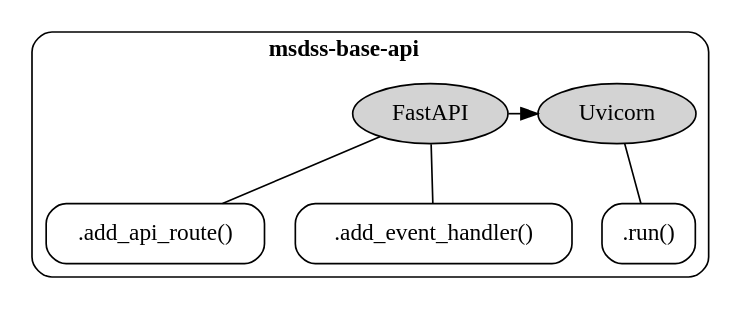
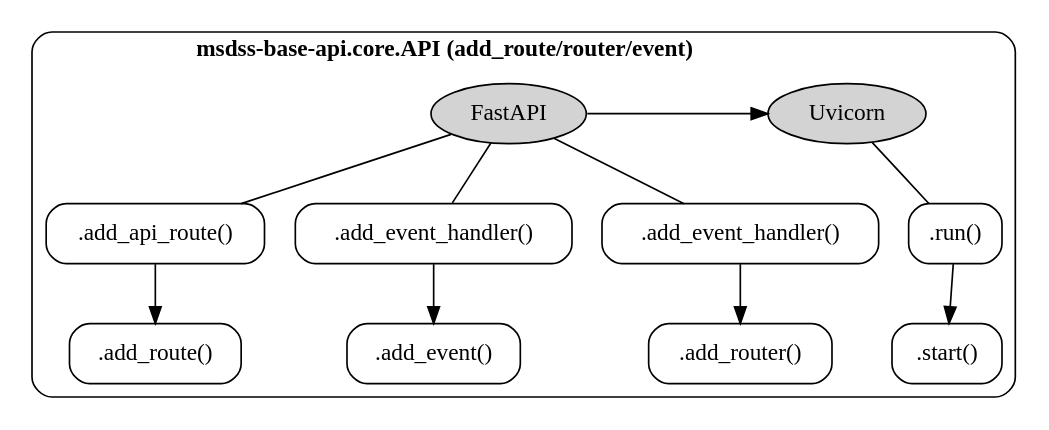
One commit to rrwen/msdss-base-api changed the first of 2 diagrams in docs/source/howitworks.rst. Above: the diagram before and after it, drawn with Graphviz. The commit also changed other lines of this file and 50 other files, not shown here.

Commit message:
Add event, route, routers attr and app combiners; rename on to event, add to route; v0.1.0

```diff
--- a/docs/source/howitworks.rst
+++ b/docs/source/howitworks.rst
@@ -17,17 +13,32 @@
-.. digraph:: methods
+.. digraph:: methods1
 
    rankdir=TB;
+
    api[label="FastAPI" URL="https://fastapi.tiangolo.com/" style=filled];
-   apimeth1[label=".add_api_route()" shape=rect style=rounded URL="https://github.com/tiangolo/fastapi/blob/bee35f5ae1fc58e7ab125427ad4287210e99d8b3/fastapi/routing.py#L479"];
-   apimeth2[label=".add_event_handler()" shape=rect style=rounded URL="https://github.com/encode/starlette/blob/6c556f6c5e4aa70173a84f6e6854390241231021/starlette/routing.py#L749"];
+   apiroutemeth[label=".add_api_route()" shape=rect style=rounded];
+   eventhandlermeth[label=".add_event_handler()" shape=rect style=rounded];
+   routermeth[label=".add_event_handler()" shape=rect style=rounded];
+   
    server[label="Uvicorn" URL="https://www.uvicorn.org/" style=filled];
-   servermeth1[label=".run()" shape=rect style=rounded URL="https://www.uvicorn.org/deployment/#running-programmatically"];
+   run[label=".run()" shape=rect style=rounded];
+   start[label=".start()" shape=rect style=rounded];
+
+   addevent[label=".add_event()" shape=rect style=rounded];
+   addroute[label=".add_route()" shape=rect style=rounded];
+   addrouter[label=".add_router()" shape=rect style=rounded];
 
    subgraph cluster {
-      label=< <B>msdss-base-api</B> >;
+      label=< <B>msdss-base-api.core.API (add_route/router/event)</B> >;
       style=rounded;
       {rank=min; api -> server;}
-      apimeth1 -> api[arrowhead=none];
-      apimeth2 -> api[arrowhead=none];
-      servermeth1 -> server[arrowhead=none];
+
+      apiroutemeth -> api[arrowhead=none];
+      routermeth -> api[arrowhead=none];
+      eventhandlermeth -> api[arrowhead=none];
+      run -> server[arrowhead=none];
+
+      apiroutemeth -> addroute;
+      routermeth -> addrouter;
+      eventhandlermeth -> addevent;
+      run -> start;
    }
```
